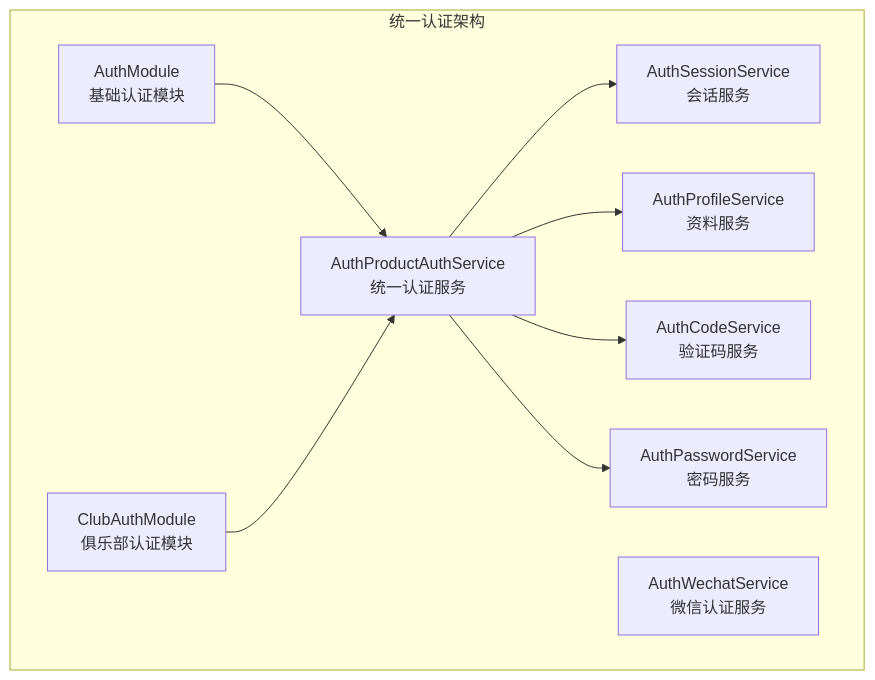
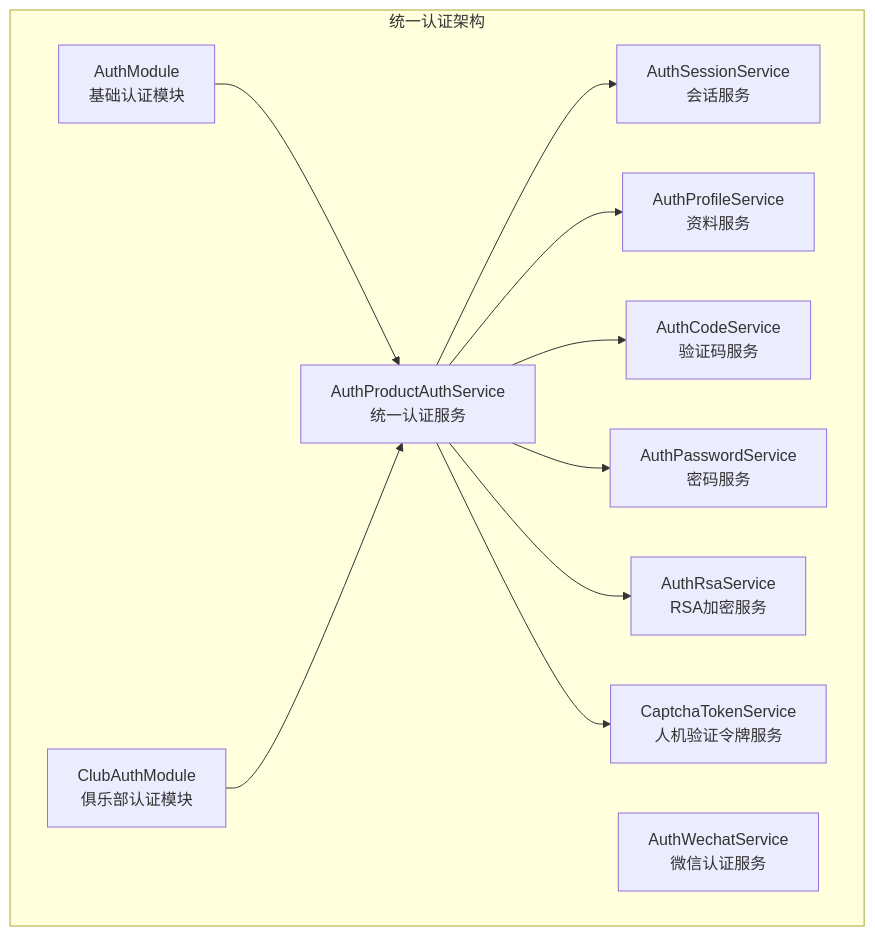
The first of 5 diagrams in .qoder/repowiki/zh/content/API 接口文档/认证接口.md (rc558620/purelyprofit-server), drawn with Mermaid before and after one commit. The commit also changed other lines of this file and 25 other files, not shown here.

````diff
--- a/.qoder/repowiki/zh/content/API 接口文档/认证接口.md
+++ b/.qoder/repowiki/zh/content/API 接口文档/认证接口.md
@@ -57,19 +61,23 @@
 ```mermaid
 graph TB
 subgraph "统一认证架构"
 AM["AuthModule<br/>基础认证模块"]
 CAS["ClubAuthModule<br/>俱乐部认证模块"]
 APAS["AuthProductAuthService<br/>统一认证服务"]
 AW["AuthWechatService<br/>微信认证服务"]
 ASP["AuthSessionService<br/>会话服务"]
 APF["AuthProfileService<br/>资料服务"]
 ACS["AuthCodeService<br/>验证码服务"]
 APS["AuthPasswordService<br/>密码服务"]
+ARS["AuthRsaService<br/>RSA加密服务"]
+CTS["CaptchaTokenService<br/>人机验证令牌服务"]
 end
 AM --> APAS
 CAS --> APAS
 APAS --> ASP
 APAS --> APF
 APAS --> ACS
 APAS --> APS
+APAS --> ARS
+APAS --> CTS
 ```
````
